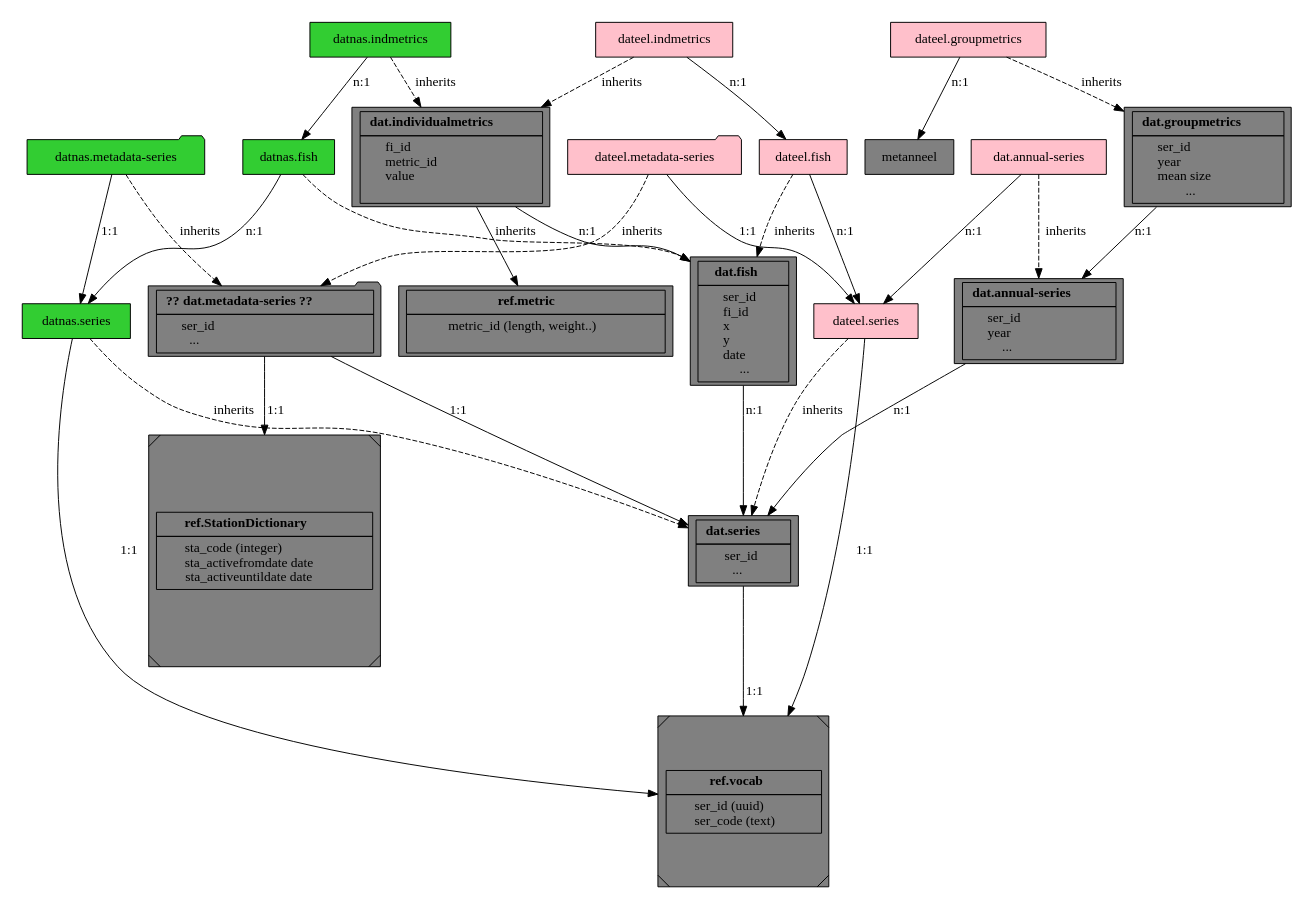
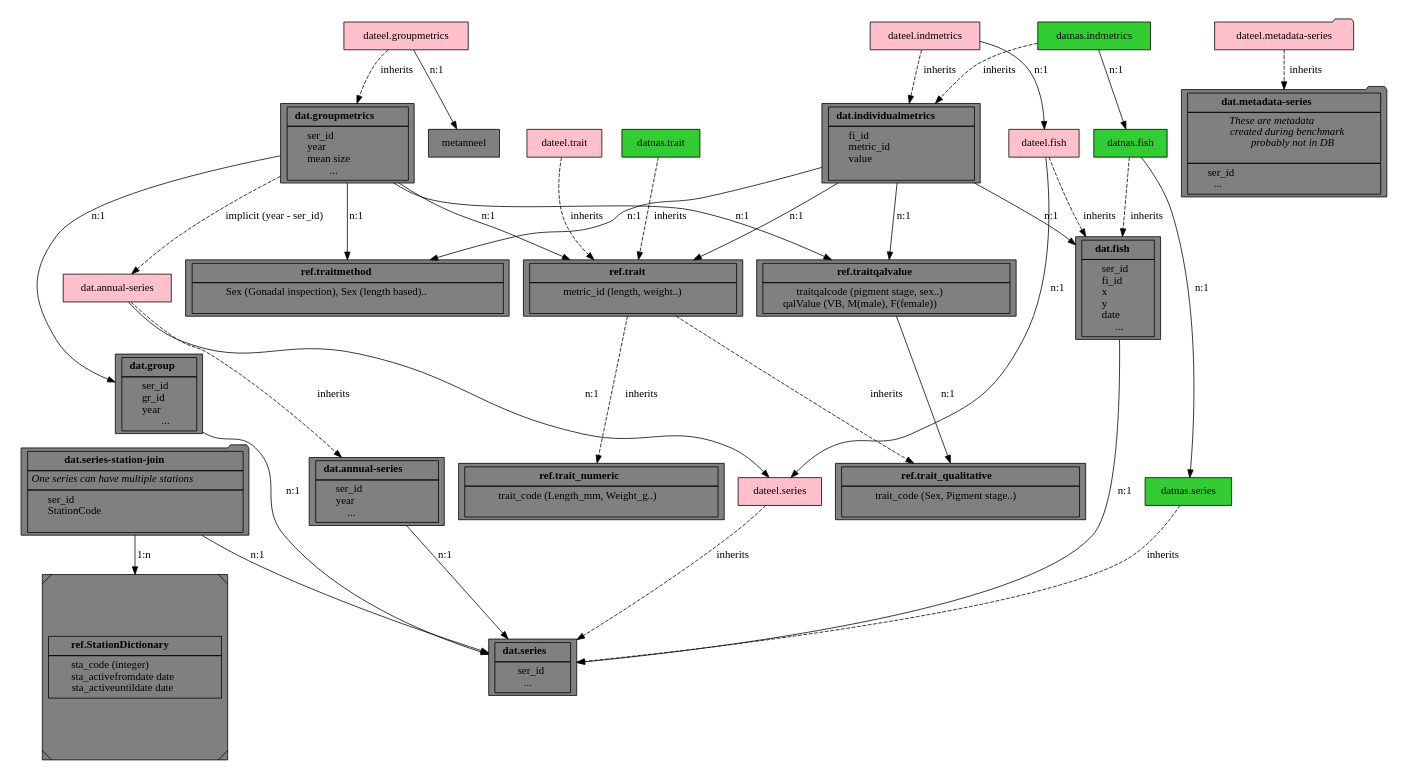
One commit to DIASPARAproject/WP3_migdb changed the diagram in R/metricdb.qmd. Above: the diagram before and after it, drawn with Graphviz. The commit also changed other lines of this file and 5 other files, not shown here.

```diff
--- a/R/metricdb.qmd
+++ b/R/metricdb.qmd
@@ -70,14 +70,6 @@
 	rankdir=TB;
 	size="8,5"
     node [style=filled, fillcolor=gray, shape = record];	
-    vocab [fillcolor="gray"
-       label=<<table border="0" cellborder="1" cellspacing="0" cellpadding="4">
-       <tr> <td> <b>ref.vocab</b> </td> </tr>
-       <tr> <td align="left">
-        ser_id (uuid) <br align="left"/>
-        ser_code (text)  </td> </tr> 
-       </table>> 
-       shape = Msquare];
     stationDictionary [fillcolor="gray"
        label=<<table border="0" cellborder="1" cellspacing="0" cellpadding="4">
        <tr> <td> <b>ref.StationDictionary</b> </td> </tr>
@@ -97,12 +89,31 @@
        shape = record];
     metts [fillcolor="gray"
        label=<<table border="0" cellborder="1" cellspacing="0" cellpadding="4">
-       <tr> <td> <b> ?? dat.metadata-series ??</b> </td> </tr>
+       <tr> <td> <b> dat.metadata-series</b> </td> </tr>
+       <tr>
+       <td align="left"><i>These are metadata</i><br/>
+           <i>created during benchmark</i><br/>
+           <i>probably not in DB</i><br/>
+        </td>        
+        </tr>
        <tr> <td align="left">
        ser_id  <br align="left"/>
        ...     </td> </tr> 
        </table>> 
        shape = folder];
+    station_ts_join [fillcolor="gray"
+       label=<<table border="0" cellborder="1" cellspacing="0" cellpadding="4">
+       <tr> <td> <b> dat.series-station-join </b> </td> </tr>
+       <tr>
+       <td><i>One series can have multiple stations</i></td>          
+        <!-- New row below the bold header -->
+        </tr>
+       <tr> <td align="left">
+       ser_id  <br align="left"/>
+       StationCode <br align="left"/>
+       </td> </tr> 
+       </table>> 
+       shape = folder];    
    ann [fillcolor="gray"
        label=<<table border="0" cellborder="1" cellspacing="0" cellpadding="4">
        <tr> <td> <b>dat.annual-series</b> </td> </tr>
@@ -122,6 +133,16 @@
        ... </td> </tr> 
        </table>> 
        shape = record];
+   group [fillcolor="gray"
+       label=<<table border="0" cellborder="1" cellspacing="0" cellpadding="4">
+       <tr> <td> <b>dat.group</b> </td> </tr>
+       <tr> <td align="left">
+       ser_id  <br align="left"/>
+       gr_id   <br align="left"/>
+       year   <br align="left"/>       
+       ... </td> </tr> 
+       </table>> 
+       shape = record];   
    fish [fillcolor="gray"
        label=<<table border="0" cellborder="1" cellspacing="0" cellpadding="4">
        <tr> <td> <b>dat.fish</b> </td> </tr>
@@ -143,14 +164,47 @@
        value  <br align="left"/> </td> </tr> 
        </table>> 
        shape = record];
-   traits [fillcolor="gray"
+   trait [fillcolor="gray"
        label=<<table border="0" cellborder="1" cellspacing="0" cellpadding="4">
-       <tr> <td> <b>ref.metric</b> </td> </tr>
+       <tr> <td> <b>ref.trait</b> </td> </tr>
        <tr> <td align="left">     
        metric_id (length, weight..)  <br align="left"/>
         </td> </tr> 
        </table>> 
-       shape = record];             
+       shape = record]; 
+    traitqal [fillcolor="gray"
+       label=<<table border="0" cellborder="1" cellspacing="0" cellpadding="4">
+       <tr> <td> <b>ref.trait_qualitative</b> </td> </tr>
+       <tr> <td align="left">     
+       trait_code (Sex, Pigment stage..)  <br align="left"/>
+        </td> </tr> 
+       </table>> 
+       shape = record]; 
+    traitnum [fillcolor="gray"
+       label=<<table border="0" cellborder="1" cellspacing="0" cellpadding="4">
+       <tr> <td> <b>ref.trait_numeric</b> </td> </tr>
+       <tr> <td align="left">     
+       trait_code (Length_mm, Weight_g..)  <br align="left"/>
+        </td> </tr> 
+       </table>> 
+       shape = record];  
+    traitmethod [fillcolor="gray"
+       label=<<table border="0" cellborder="1" cellspacing="0" cellpadding="4">
+       <tr> <td> <b>ref.traitmethod</b> </td> </tr>
+       <tr> <td align="left">     
+       Sex (Gonadal inspection), Sex (length based)..  <br align="left"/>
+        </td> </tr> 
+       </table>> 
+       shape = record]; 
+    traitqalvalue [fillcolor="gray"
+       label=<<table border="0" cellborder="1" cellspacing="0" cellpadding="4">
+       <tr> <td> <b>ref.traitqalvalue</b> </td> </tr>
+       <tr> <td align="left">     
+       traitqalcode (pigment stage, sex..)  <br align="left"/>
+       qalValue (VB, M(male), F(female))
+        </td> </tr> 
+       </table>> 
+       shape = record];               
    tseel [fillcolor="pink"
        label="dateel.series"
        shape = table];   
@@ -168,33 +222,45 @@
        shape = record]; 
    fisheel [fillcolor="pink"
        label="dateel.fish"
-       shape = record];        
+       shape = record];
+   traiteel [fillcolor="pink"
+       label="dateel.trait"
+       shape = record];       
    tsnas [fillcolor="limegreen"
        label="datnas.series"
        shape = table];   
-   mettsnas [fillcolor="limegreen"
-       label="datnas.metadata-series"
-       shape = folder];
    indmetricsnas [fillcolor="limegreen"
        label="datnas.indmetrics"
        shape = record]; 
    fishnas [fillcolor="limegreen"
        label="datnas.fish"
        shape = record]; 
+  traitnas [fillcolor="limegreen"
+       label="datnas.trait"
+       shape = record];  
 
-  metts  -> ts -> vocab [label = "1:1"]
-  metts -> stationDictionary  [label = "1:1"]
-  groupmetrics -> ann -> ts [label = "n:1"]
+  station_ts_join -> ts [label = "n:1"]
+  station_ts_join -> stationDictionary  [label = "1:n"]
+  ann ->  ts [label = "n:1"]
+  groupmetrics -> group->  ts [label = "n:1"]
   indmetrics -> fish -> ts [label = "n:1"]
-  indmetrics -> traits
-
+  indmetrics -> trait [label = "n:1"]
+  indmetrics -> traitqalvalue [label = "n:1"]
+  indmetrics -> traitmethod [label = "n:1"]
+  groupmetrics -> trait [label = "n:1"]
+  groupmetrics -> traitqalvalue [label = "n:1"]
+  groupmetrics -> traitmethod [label = "n:1"]
+  groupmetrics -> anneel [label = "implicit (year - ser_id)", style="dashed"]
+  trait -> traitnum [label="inherits", style="dashed"]
+  trait -> traitqal [label="inherits", style="dashed"]
+  traitqalvalue -> traitqal [label = "n:1"]
   groupmetricseel -> metanneel [label = "n:1"]
   anneel -> tseel [label = "n:1"]
-  mettseel -> tseel ->  vocab [label = "1:1"]
+
   indmetricseel -> fisheel -> tseel  [label = "n:1"]
   
 
-  mettsnas -> tsnas ->  vocab [label = "1:1"]
+
   indmetricsnas -> fishnas -> tsnas  [label = "n:1"]
 
   groupmetricseel -> groupmetrics [label="inherits", style="dashed"]
@@ -206,9 +272,9 @@
   tseel -> ts [ label="inherits", style="dashed"]
   tsnas -> ts [ label="inherits", style="dashed", labelOverlay="15%"]
   mettseel -> metts [label="inherits", style="dashed"]
-  mettsnas -> metts [ label="inherits", style="dashed"]
-
-  // make the same rank
+  traiteel -> trait [label="inherits", style="dashed"]
+  traitnas -> trait [label="inherits", style="dashed"]
+  group  // make the same rank
 
   {rank = same; tseel;tsnas}
 }
```
